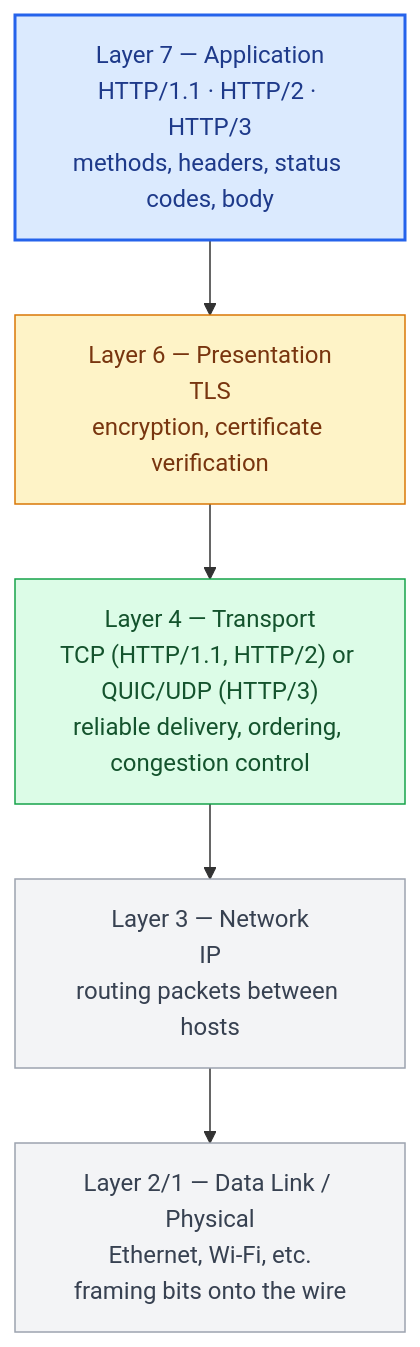
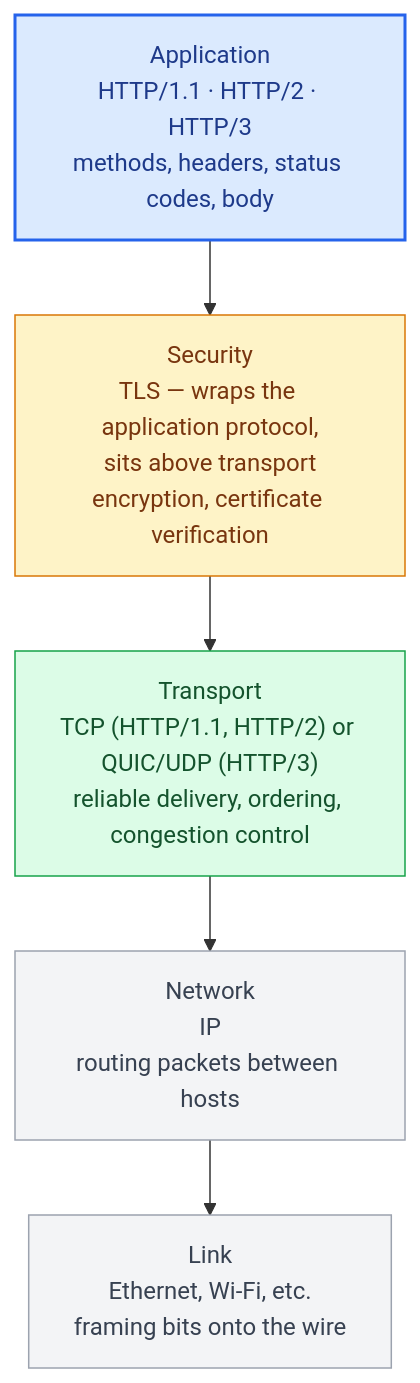
One commit to Nishamol/api-architecture-book changed the first of 4 diagrams in part1-foundations/02-http-fundamentals.md. Above: the diagram before and after it, drawn with Mermaid. The commit also changed other lines of this file, not shown here.

Commit message:
chapter2-updated

````diff
--- a/part1-foundations/02-http-fundamentals.md
+++ b/part1-foundations/02-http-fundamentals.md
@@ -11,20 +11,20 @@
 ```mermaid
 flowchart TB
-    L7["Layer 7 — Application<br/>HTTP/1.1 · HTTP/2 · HTTP/3<br/>methods, headers, status codes, body"]
-    L6["Layer 6 — Presentation<br/>TLS<br/>encryption, certificate verification"]
-    L4["Layer 4 — Transport<br/>TCP (HTTP/1.1, HTTP/2) or QUIC/UDP (HTTP/3)<br/>reliable delivery, ordering, congestion control"]
-    L3["Layer 3 — Network<br/>IP<br/>routing packets between hosts"]
-    L2["Layer 2/1 — Data Link / Physical<br/>Ethernet, Wi-Fi, etc.<br/>framing bits onto the wire"]
+    L7["Application<br/>HTTP/1.1 · HTTP/2 · HTTP/3<br/>methods, headers, status codes, body"]
+    SEC["Security<br/>TLS — wraps the application protocol,<br/>sits above transport<br/>encryption, certificate verification"]
+    L4["Transport<br/>TCP (HTTP/1.1, HTTP/2) or QUIC/UDP (HTTP/3)<br/>reliable delivery, ordering, congestion control"]
+    L3["Network<br/>IP<br/>routing packets between hosts"]
+    L2["Link<br/>Ethernet, Wi-Fi, etc.<br/>framing bits onto the wire"]
 
-    L7 --> L6 --> L4 --> L3 --> L2
+    L7 --> SEC --> L4 --> L3 --> L2
 
     classDef app fill:#dbeafe,stroke:#2563eb,color:#1e3a8a,stroke-width:2px
     classDef sec fill:#fef3c7,stroke:#d97706,color:#78350f
     classDef transport fill:#dcfce7,stroke:#16a34a,color:#14532d
     classDef net fill:#f3f4f6,stroke:#9ca3af,color:#374151
 
     class L7 app
-    class L6 sec
+    class SEC sec
     class L4 transport
     class L3,L2 net
 ```
````
